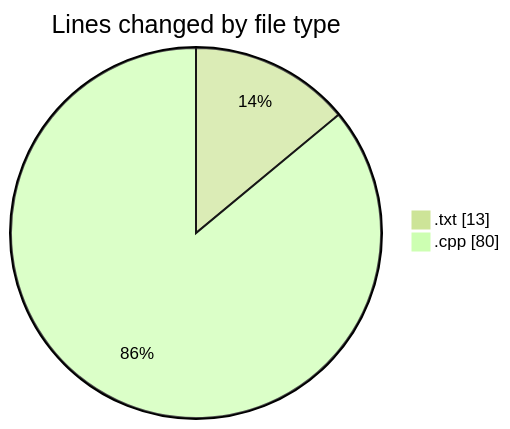
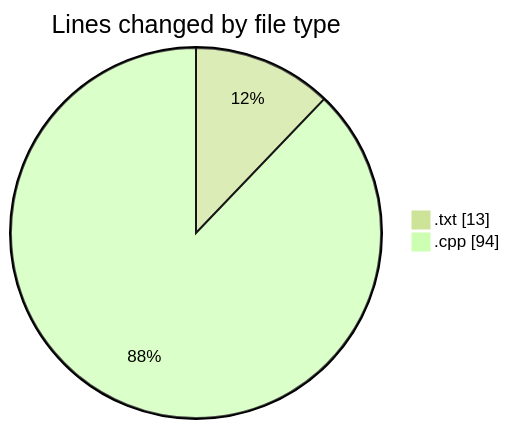
The first of 2 diagrams in 2025-04-26/date/README.md (Netris89/code-tracking), drawn with Mermaid (forest theme) before and after one commit. The commit also changed other lines of this file and 1 other file, not shown here.

````diff
--- a/2025-04-26/date/README.md
+++ b/2025-04-26/date/README.md
@@ -21,6 +21,6 @@
 ```mermaid
 pie showData
 title Lines changed by file type
 ".txt" : 13
-".cpp" : 80
+".cpp" : 94
 ```
````
